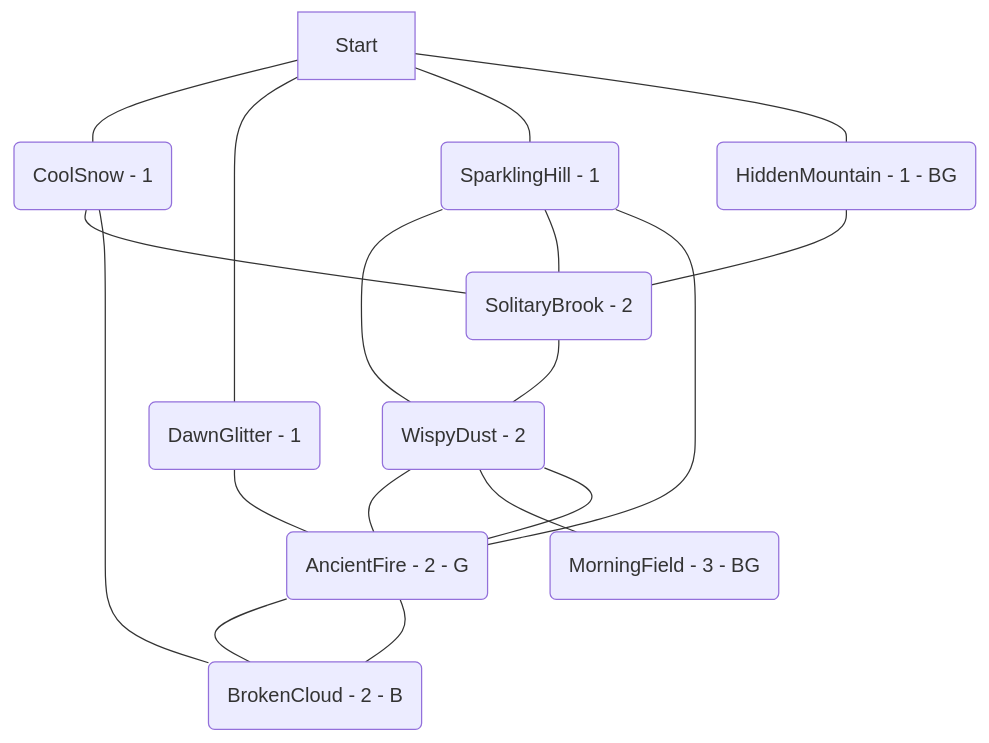
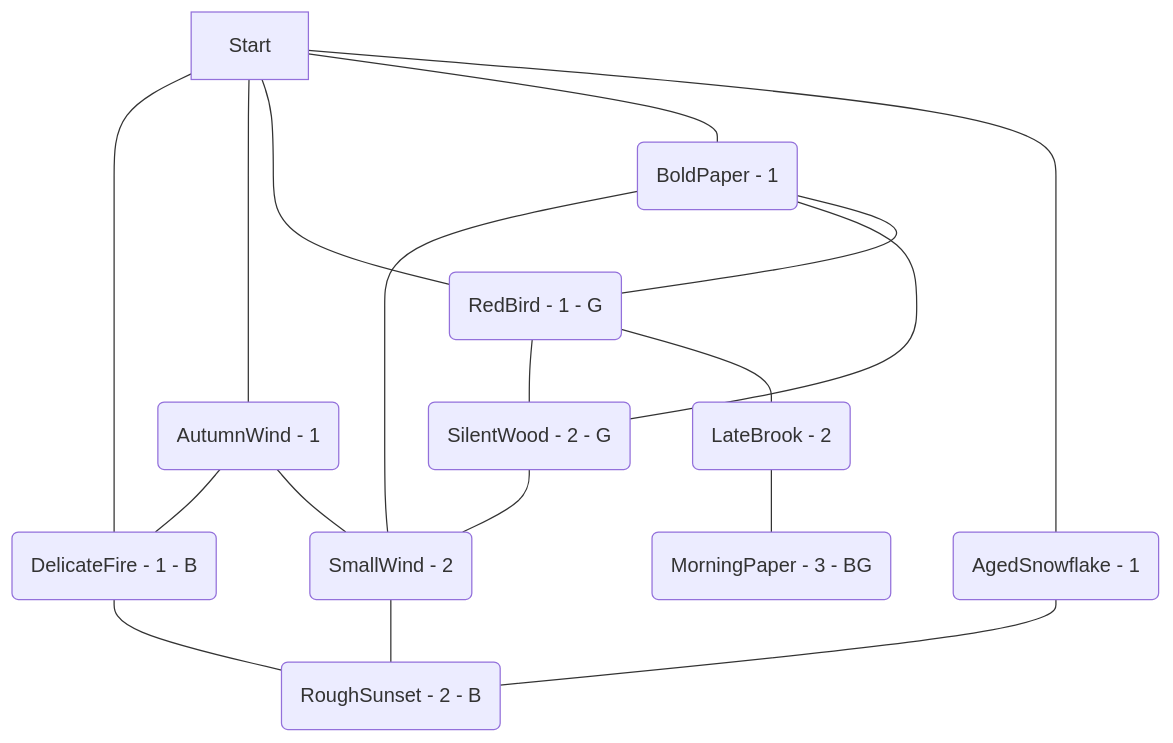
Before and after one commit to kinostl/Automatic-Liberation-Map: the diagram in examples/006.md, drawn with Mermaid. The commit also changed other lines of this file and 9 other files, not shown here.

````diff
--- a/examples/006.md
+++ b/examples/006.md
@@ -3,20 +4,20 @@
 ```mermaid  
 flowchart TD  
-	AKGXhxqS(SolitaryBrook - 2) --- dOytIkWr(WispyDust - 2)  
-	lxEJpGmR(CoolSnow - 1) --- AKGXhxqS(SolitaryBrook - 2)  
-	EYzCjtGX(SparklingHill - 1) --- dOytIkWr(WispyDust - 2)  
-	Start --- lxEJpGmR(CoolSnow - 1)  
-	ZCpvEneR(AncientFire - 2 - G) --- dOytIkWr(WispyDust - 2)  
-	EYzCjtGX(SparklingHill - 1) --- AKGXhxqS(SolitaryBrook - 2)  
-	ZCpvEneR(AncientFire - 2 - G) --- nBKhmTow(BrokenCloud - 2 - B)  
-	junwfXhA(HiddenMountain - 1 - BG) --- AKGXhxqS(SolitaryBrook - 2)  
-	Start --- VicxoWKP(DawnGlitter - 1)  
-	Start --- EYzCjtGX(SparklingHill - 1)  
-	dOytIkWr(WispyDust - 2) --- ZCpvEneR(AncientFire - 2 - G)  
-	dOytIkWr(WispyDust - 2) --- OqwoVWvS(MorningField - 3 - BG)  
-	VicxoWKP(DawnGlitter - 1) --- ZCpvEneR(AncientFire - 2 - G)  
-	lxEJpGmR(CoolSnow - 1) --- nBKhmTow(BrokenCloud - 2 - B)  
-	EYzCjtGX(SparklingHill - 1) --- ZCpvEneR(AncientFire - 2 - G)  
-	Start --- junwfXhA(HiddenMountain - 1 - BG)  
-	nBKhmTow(BrokenCloud - 2 - B) --- ZCpvEneR(AncientFire - 2 - G)  
+	LdfBmqHc(SmallWind - 2) --- ZcnMwXEk(RoughSunset - 2 - B)  
+	Start --- rxDkPwMf(DelicateFire - 1 - B)  
+	KVoSEAQB(AutumnWind - 1) --- rxDkPwMf(DelicateFire - 1 - B)  
+	tiRTwZBA(BoldPaper - 1) --- LdfBmqHc(SmallWind - 2)  
+	Start --- KVoSEAQB(AutumnWind - 1)  
+	tiRTwZBA(BoldPaper - 1) --- WTDBZJVX(SilentWood - 2 - G)  
+	Start --- GMaeTilI(RedBird - 1 - G)  
+	WTDBZJVX(SilentWood - 2 - G) --- LdfBmqHc(SmallWind - 2)  
+	KVoSEAQB(AutumnWind - 1) --- LdfBmqHc(SmallWind - 2)  
+	tiRTwZBA(BoldPaper - 1) --- GMaeTilI(RedBird - 1 - G)  
+	Start --- tiRTwZBA(BoldPaper - 1)  
+	mEkHZLWU(LateBrook - 2) --- iSqZxTop(MorningPaper - 3 - BG)  
+	Start --- jQltmfDV(AgedSnowflake - 1)  
+	rxDkPwMf(DelicateFire - 1 - B) --- ZcnMwXEk(RoughSunset - 2 - B)  
+	GMaeTilI(RedBird - 1 - G) --- WTDBZJVX(SilentWood - 2 - G)  
+	jQltmfDV(AgedSnowflake - 1) --- ZcnMwXEk(RoughSunset - 2 - B)  
+	GMaeTilI(RedBird - 1 - G) --- mEkHZLWU(LateBrook - 2)  
 ```  
````
